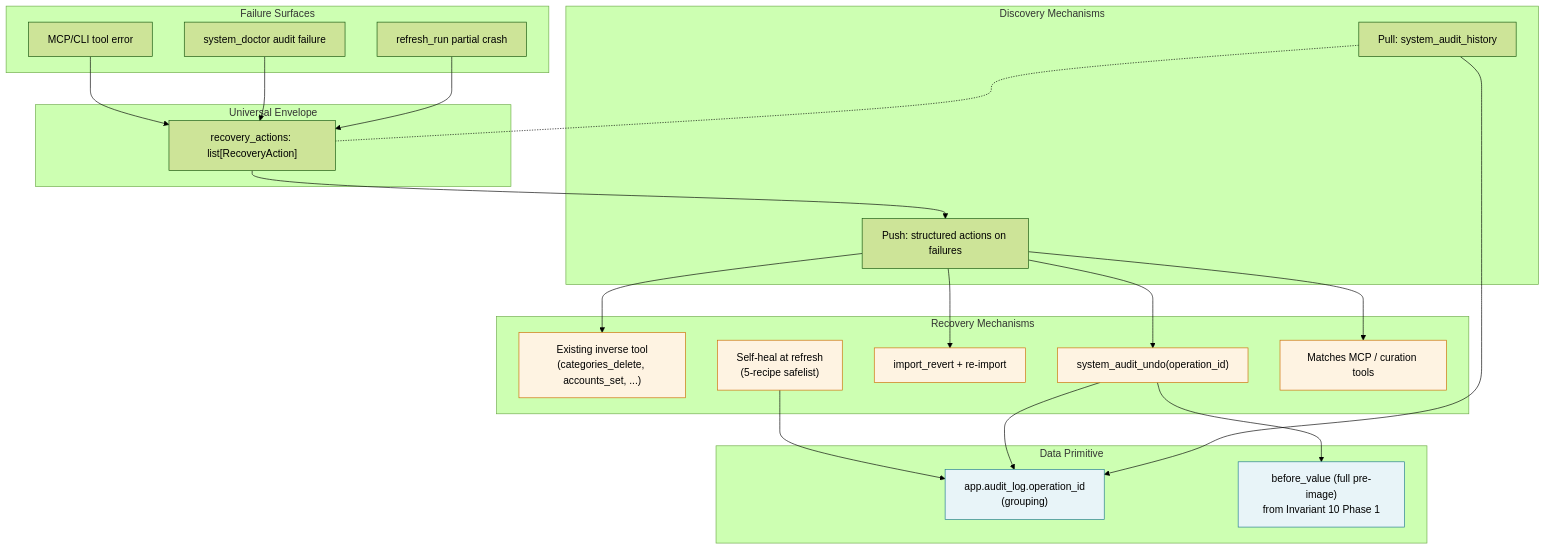
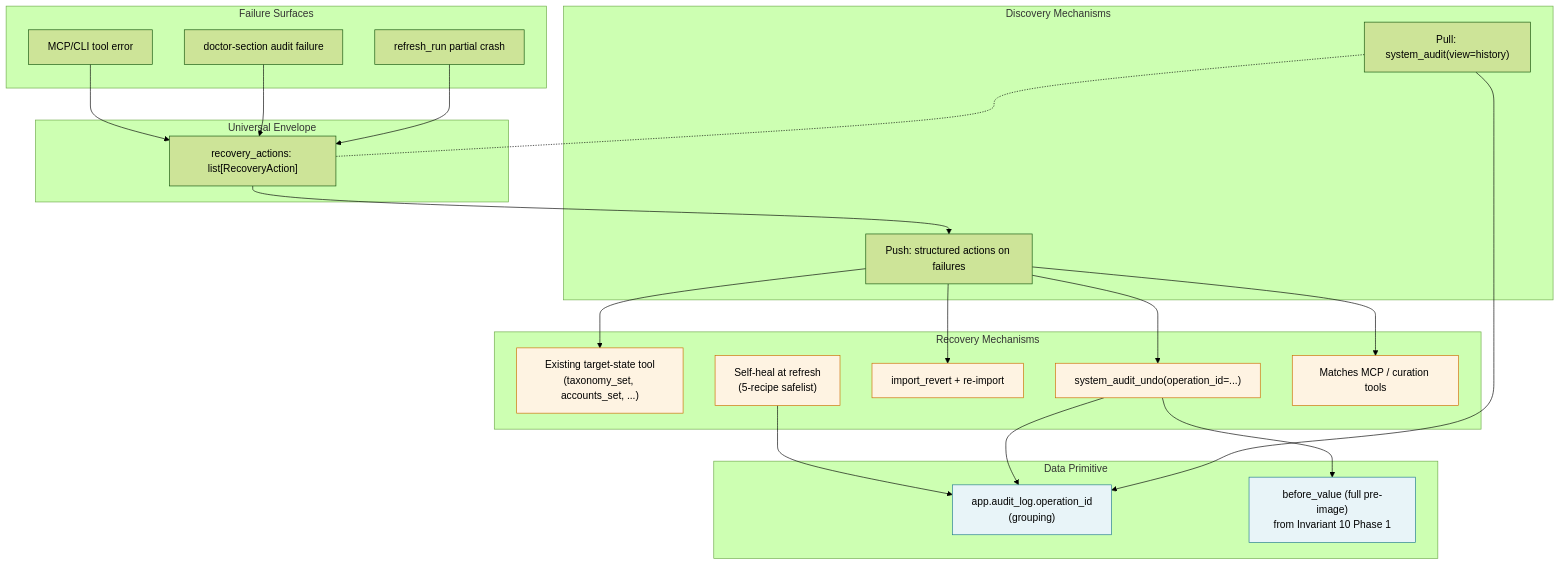
Before and after one commit to bsaffel/moneybin: the diagram in docs/specs/data-recovery-contract.md, drawn with Mermaid (forest theme). The commit also changed other lines of this file and 88 other files, not shown here.

````diff
--- a/docs/specs/data-recovery-contract.md
+++ b/docs/specs/data-recovery-contract.md
@@ -274,52 +321,52 @@
 ```mermaid
 flowchart TB
     subgraph Surfaces[Failure Surfaces]
         Err["MCP/CLI tool error"]
-        Aud["system_doctor audit failure"]
+        Aud["doctor-section audit failure"]
         Ref["refresh_run partial crash"]
     end
 
     subgraph Envelope[Universal Envelope]
         RA["recovery_actions: list[RecoveryAction]"]
     end
 
     subgraph Discovery[Discovery Mechanisms]
         Push["Push: structured actions on failures"]
-        Pull["Pull: system_audit_history"]
+        Pull["Pull: system_audit(view=history)"]
     end
 
     subgraph Mechanisms[Recovery Mechanisms]
-        ExTool["Existing inverse tool<br/>(categories_delete, accounts_set, ...)"]
-        Undo["system_audit_undo(operation_id)"]
+        ExTool["Existing target-state tool<br/>(taxonomy_set, accounts_set, ...)"]
+        Undo["system_audit_undo(operation_id=...)"]
         Revert["import_revert + re-import"]
         Heal["Self-heal at refresh<br/>(5-recipe safelist)"]
         DomTool["Matches MCP / curation tools"]
     end
 
     subgraph DataPrim[Data Primitive]
         OpId["app.audit_log.operation_id<br/>(grouping)"]
         Pre["before_value (full pre-image)<br/>from Invariant 10 Phase 1"]
     end
 
     Err --> RA
     Aud --> RA
     Ref --> RA
 
     RA --> Push
     Pull -.- RA
 
     Push --> ExTool
     Push --> Undo
     Push --> Revert
     Push --> DomTool
     Heal --> OpId
 
     Undo --> OpId
     Undo --> Pre
     Pull --> OpId
 
     classDef prim fill:#e8f4f8,stroke:#1f7a8c;
     classDef rec fill:#fef3e2,stroke:#cd6c00;
     class OpId,Pre prim;
     class ExTool,Undo,Revert,Heal,DomTool rec;
 ```
````
